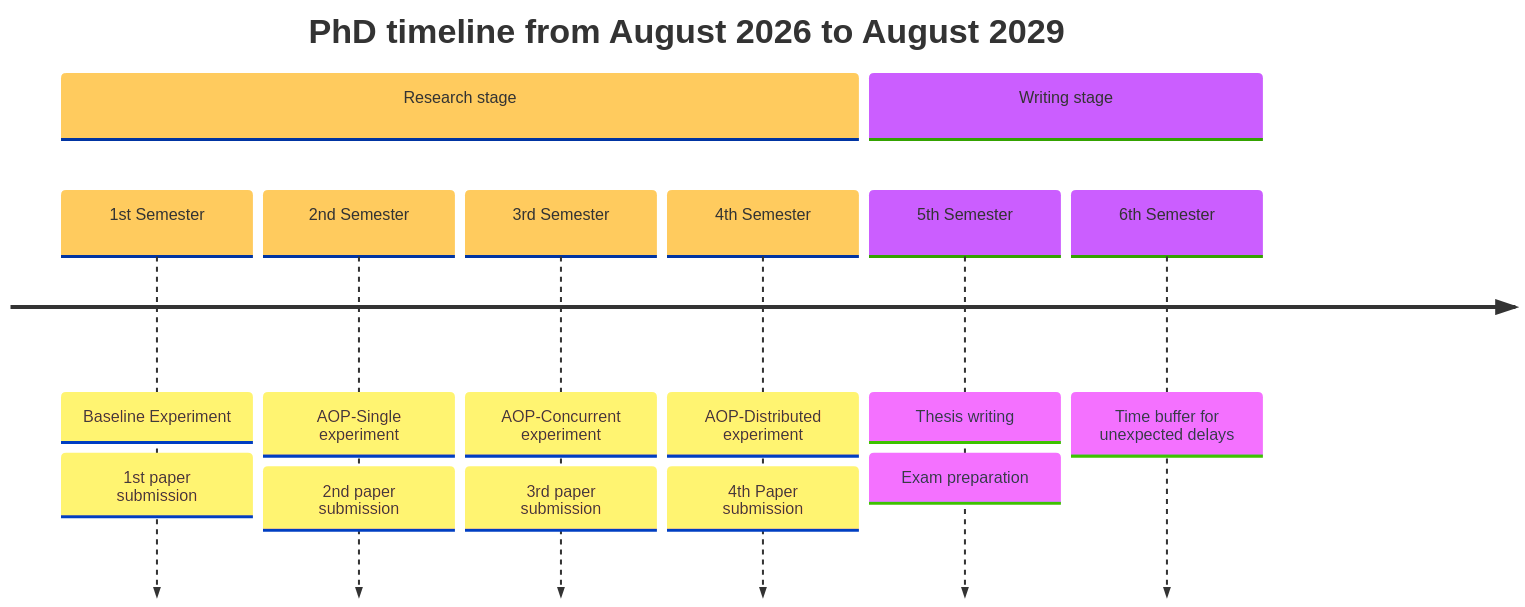
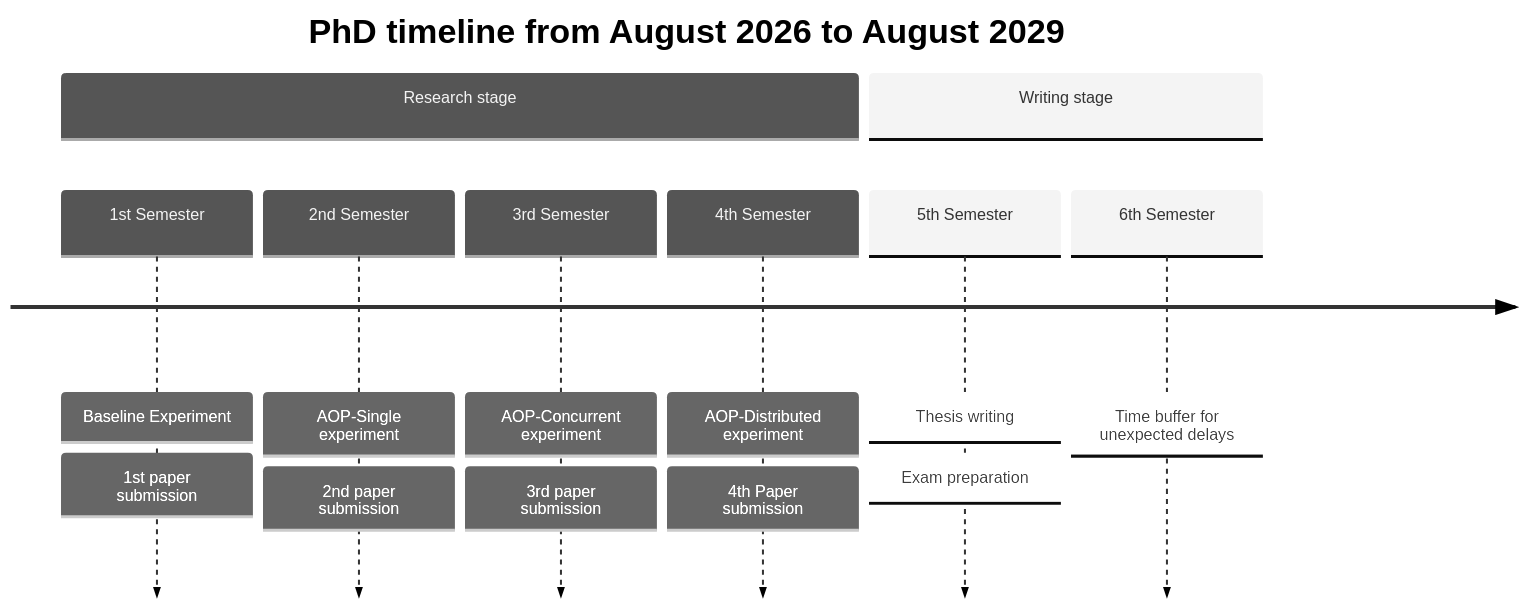
The second of 2 diagrams in PhD/Proposal/index.org (elviejo79/elviejo79.github.io), drawn with Mermaid before and after one commit. The commit also changed other lines of this file and 3 other files, not shown here.

Commit message:
Made a diagram for Experiment protocl

```diff
--- a/PhD/Proposal/index.org
+++ b/PhD/Proposal/index.org
@@ -267,23 +292,23 @@
 #+BEGIN_SRC mermaid :file ./images/timeline.svg
 ---
 config:
-  theme: 'base'
+  theme: 'neutral'
   timeline:
     disableMulticolor: true
 ---
     timeline
         title PhD timeline from August 2026 to August 2029
           section Research stage
             1st Semester : Baseline Experiment
                          : 1st paper submission
             2nd Semester : AOP-Single experiment
                          : 2nd paper submission
             3rd Semester : AOP-Concurrent experiment
                          : 3rd paper submission
             4th Semester : AOP-Distributed experiment
                          : 4th Paper submission
           section Writing stage
             5th Semester : Thesis writing
                          : Exam preparation
             6th Semester  : Time buffer for unexpected delays
 #+END_SRC
```
